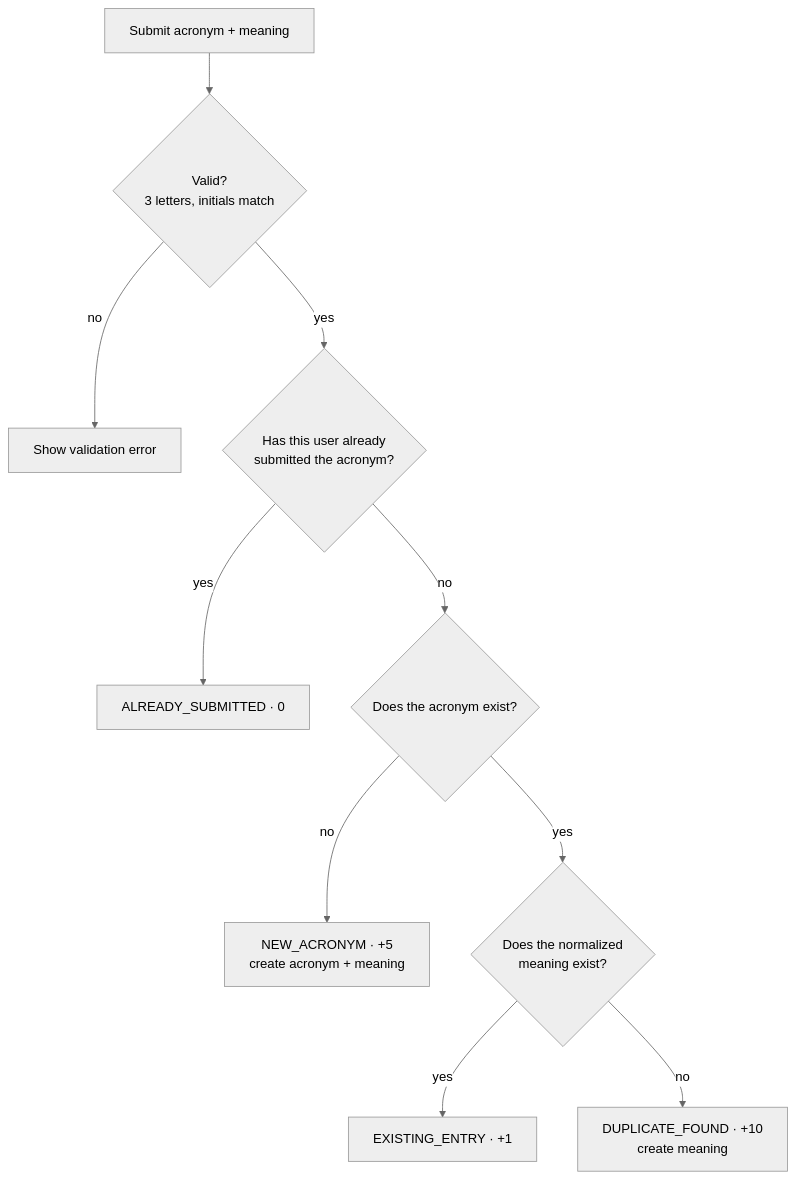
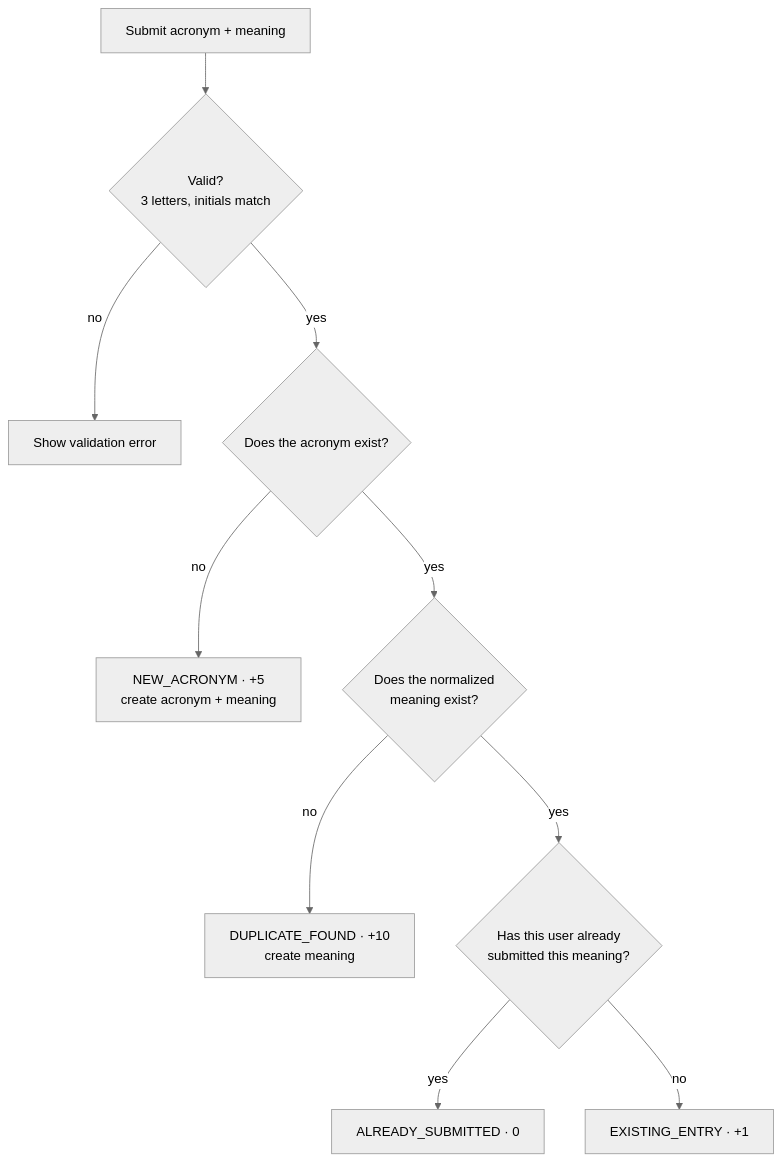
Before and after one commit to FelixGaebler/17576: the second of 2 diagrams in README.md, drawn with Mermaid (neutral theme). The commit also changed other lines of this file and 18 other files, not shown here.

````diff
--- a/README.md
+++ b/README.md
@@ -225,12 +228,12 @@
 ```mermaid
 flowchart TD
     A[Submit acronym + meaning] --> B{Valid?<br/>3 letters, initials match}
     B -- no --> X[Show validation error]
-    B -- yes --> C{Has this user already<br/>submitted the acronym?}
-    C -- yes --> D[ALREADY_SUBMITTED · 0]
-    C -- no --> E{Does the acronym exist?}
+    B -- yes --> E{Does the acronym exist?}
     E -- no --> F[NEW_ACRONYM · +5<br/>create acronym + meaning]
     E -- yes --> G{Does the normalized<br/>meaning exist?}
-    G -- yes --> H[EXISTING_ENTRY · +1]
     G -- no --> I[DUPLICATE_FOUND · +10<br/>create meaning]
+    G -- yes --> C{Has this user already<br/>submitted this meaning?}
+    C -- yes --> D[ALREADY_SUBMITTED · 0]
+    C -- no --> H[EXISTING_ENTRY · +1]
 ```
````
